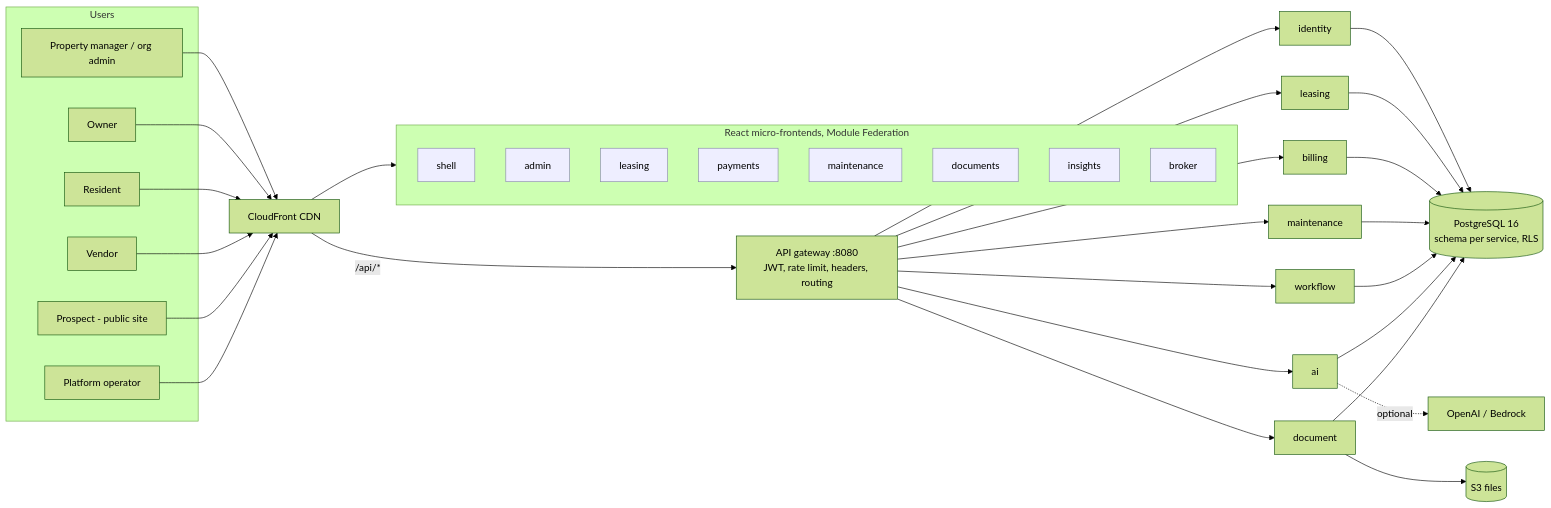
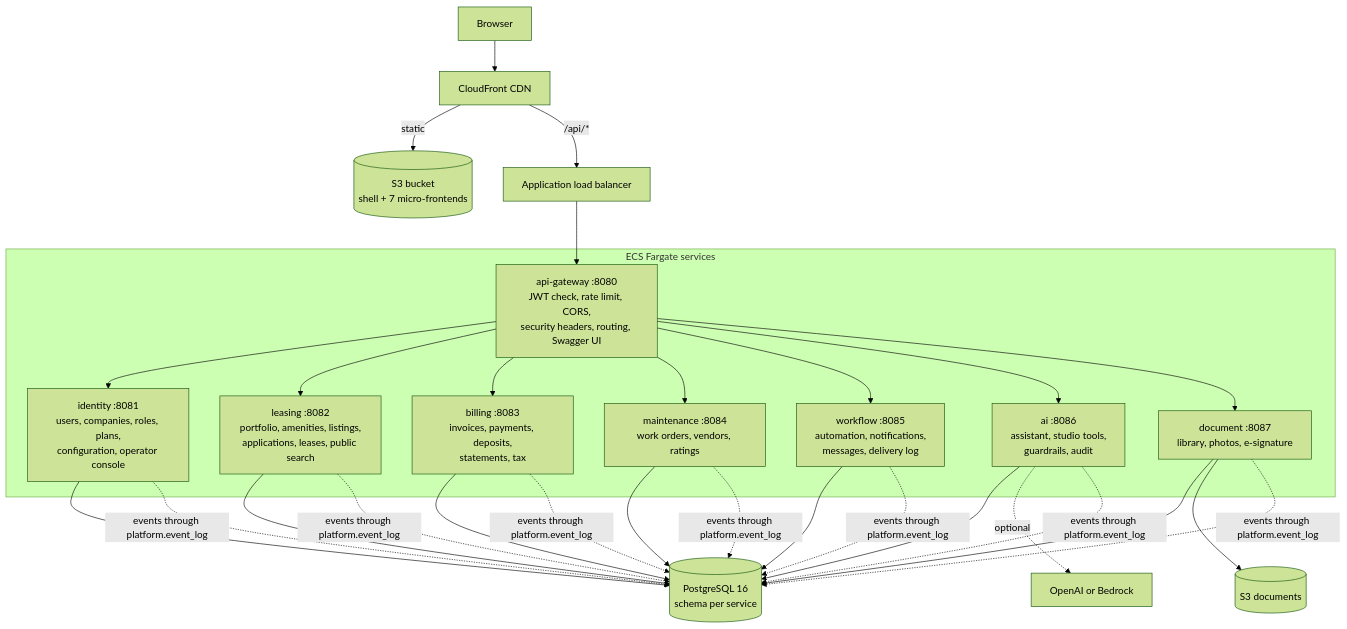
The second of 4 diagrams in docs/architecture/HLD.md (lucky1ravi/property), drawn with Mermaid (forest theme) before and after one commit. The commit also changed other lines of this file and 47 other files, not shown here.

````diff
--- a/docs/architecture/HLD.md
+++ b/docs/architecture/HLD.md
@@ -7,36 +37,21 @@
 ```mermaid
-flowchart LR
-  subgraph Users
-    PM[Property manager / org admin]
-    OWN[Owner]
-    RES[Resident]
-    VEN[Vendor]
-    PUB[Prospect - public site]
-    OPS[Platform operator]
+flowchart TB
+  B[Browser] --> CF[CloudFront CDN]
+  CF -->|static| S3[(S3 bucket<br/>shell + 7 micro-frontends)]
+  CF -->|"/api/*"| ALB[Application load balancer]
+  ALB --> GW
+  subgraph SVC[ECS Fargate services]
+    GW["api-gateway :8080<br/>JWT check, rate limit, CORS,<br/>security headers, routing, Swagger UI"]
+    GW --> ID["identity :8081<br/>users, companies, roles, plans,<br/>configuration, operator console"]
+    GW --> LE["leasing :8082<br/>portfolio, amenities, listings,<br/>applications, leases, public search"]
+    GW --> BI["billing :8083<br/>invoices, payments, deposits,<br/>statements, tax"]
+    GW --> MA["maintenance :8084<br/>work orders, vendors, ratings"]
+    GW --> WF["workflow :8085<br/>automation, notifications,<br/>messages, delivery log"]
+    GW --> AI["ai :8086<br/>assistant, studio tools,<br/>guardrails, audit"]
+    GW --> DO["document :8087<br/>library, photos, e-signature"]
   end
-  CF[CloudFront CDN]
-  subgraph Web[React micro-frontends, Module Federation]
-    SH[shell]:::fe
-    AD[admin]:::fe
-    LE[leasing]:::fe
-    PA[payments]:::fe
-    MA[maintenance]:::fe
-    DO[documents]:::fe
-    IN[insights]:::fe
-    BR[broker]:::fe
-  end
-  GW[API gateway :8080<br/>JWT, rate limit, headers, routing]
-  PM & OWN & RES & VEN & PUB & OPS --> CF --> Web
-  CF -->|/api/*| GW
-  GW --> S1[identity]
-  GW --> S2[leasing]
-  GW --> S3[billing]
-  GW --> S4[maintenance]
-  GW --> S5[workflow]
-  GW --> S6[ai]
-  GW --> S7[document]
-  S1 & S2 & S3 & S4 & S5 & S6 & S7 --> PG[(PostgreSQL 16<br/>schema per service, RLS)]
-  S7 --> S3o[(S3 files)]
-  S6 -.optional.-> LLM[OpenAI / Bedrock]
-  classDef fe fill:#eef,stroke:#88a
+  ID & LE & BI & MA & WF & AI & DO --> PG[("PostgreSQL 16<br/>schema per service")]
+  DO --> FS[(S3 documents)]
+  AI -.optional.-> LLM[OpenAI or Bedrock]
+  ID & LE & BI & MA & WF & AI & DO -.->|events through platform.event_log| PG
 ```
````
